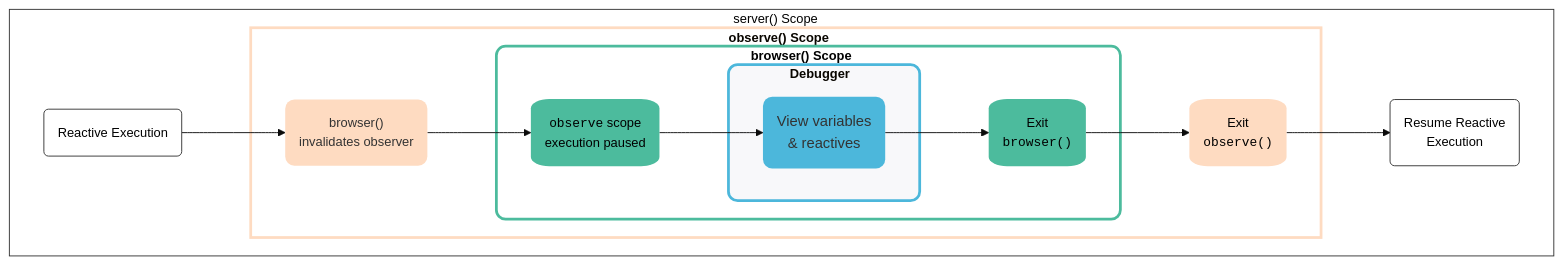
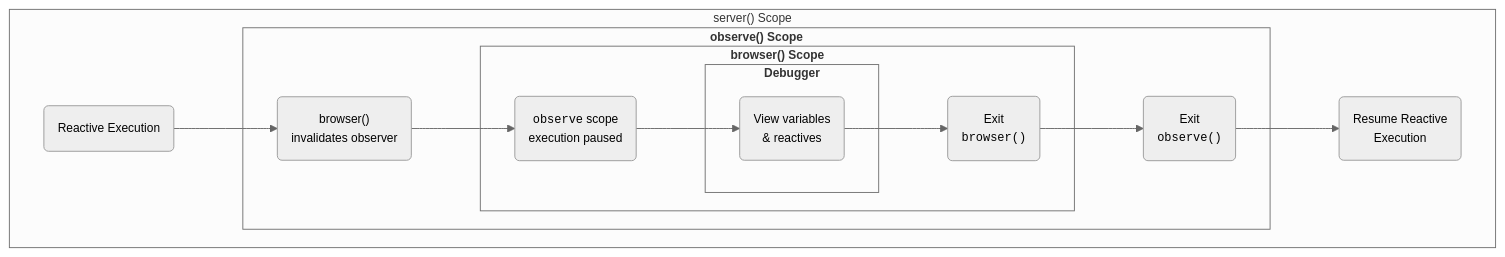
One commit to mjfrigaard/shiny-app-pkgs changed the third of 3 diagrams in debugger.qmd. Above: the diagram before and after it, drawn with Mermaid. The commit also changed other lines of this file and 31 other files, not shown here.

````diff
--- a/debugger.qmd
+++ b/debugger.qmd
@@ -184,44 +190,44 @@
 ```{mermaid}
+%%| fig-cap: 'Reacting `browser`ing in an `observe`er'
 %%| fig-align: center
-%%| fig-cap: 'Reacting `browser`ing in an `observe`er'
-%%{init: {'theme': 'base', 'themeVariables': { 'fontFamily': 'monospace'}}}%%
+%%{init: {'theme': 'neutral', 'themeVariables': { 'fontFamily': 'monospace', "fontSize":"13px"}}}%%
 flowchart TD
     subgraph Server["server() Scope"]
         StartReact("Reactive Execution")
         StartReact --> ObserveExecution("browser()</code><br>invalidates observer")
         subgraph Observer["<strong>observe() Scope</strong>"]
             ObserveExecution("browser()</code><br>invalidates observer")  
             ObserveExecution --> Browser
             subgraph Browse["<strong>browser() Scope</strong>"]
                 Browser("<code>observe</code> scope<br>execution paused")
                 Browser --> Step
                 subgraph Debugger["<strong>Debugger</strong>"]
                     Step("View variables<br>& reactives")
                 end
                     ExitBrowser("Exit<br><code>browser()</code>")
                     Step --> ExitBrowser
                 
             end
                 ExitObserver("Exit<br><code>observe()</code>")
                 ExitBrowser --> ExitObserver
         end
             ExitObserver --> EndReact("Resume Reactive<br>Execution")
     
     end
 
-    style Server fill:#FFF,color:#000,stroke:#333,font-size:14px
-    style StartReact fill:#FFF,color:#000,stroke:#333,font-size:14px
-    style EndReact fill:#FFF,color:#000,stroke:#333,font-size:14px
+    %% style Server fill:#FFF,color:#000,stroke:#333,font-size:14px
+    %% style StartReact fill:#FFF,color:#000,stroke:#333,font-size:14px
+    %% style EndReact fill:#FFF,color:#000,stroke:#333,font-size:14px
 
-    style Observer fill:#FFF,stroke:#FEDBC1,stroke-width:3px,font-size:14px
-    style ObserveExecution fill:#FEDBC1,stroke:none,rx:10,ry:10,font-size:14px
+    %% style Observer fill:#FFF,stroke:#FEDBC1,stroke-width:3px,font-size:14px
+    %% style ObserveExecution fill:#FEDBC1,stroke:none,rx:10,ry:10,font-size:14px
     
-    style Browser fill:#4CBB9D,color:#000,stroke:none,rx:20,ry:10,font-size:14px
-    style Browse stroke:#4CBB9D,color:#000,fill:#FFF,stroke-width:3px,rx:10,ry:10,font-size:14px
+    %% style Browser fill:#4CBB9D,color:#000,stroke:none,rx:20,ry:10,font-size:14px
+    %% style Browse stroke:#4CBB9D,color:#000,fill:#FFF,stroke-width:3px,rx:10,ry:10,font-size:14px
     
-    style Debugger fill:#F8F8FA,stroke:#4CB7DB,stroke-width:3px,rx:10,ry:10,font-size:14px
-    style Step fill:#4CB7DB,stroke:none,rx:10,ry:10
+    %% style Debugger fill:#F8F8FA,stroke:#4CB7DB,stroke-width:3px,rx:10,ry:10,font-size:14px
+    %% style Step fill:#4CB7DB,stroke:none,rx:10,ry:10
 
-    style ExitBrowser fill:#4CBB9D,color:#000,stroke:none,rx:20,ry:10,font-size:14px
-    style ExitObserver fill:#FEDBC1,color:#000,stroke:none,rx:20,ry:10,font-size:14px
+    %% style ExitBrowser fill:#4CBB9D,color:#000,stroke:none,rx:20,ry:10,font-size:14px
+    %% style ExitObserver fill:#FEDBC1,color:#000,stroke:none,rx:20,ry:10,font-size:14px
 ```
````
